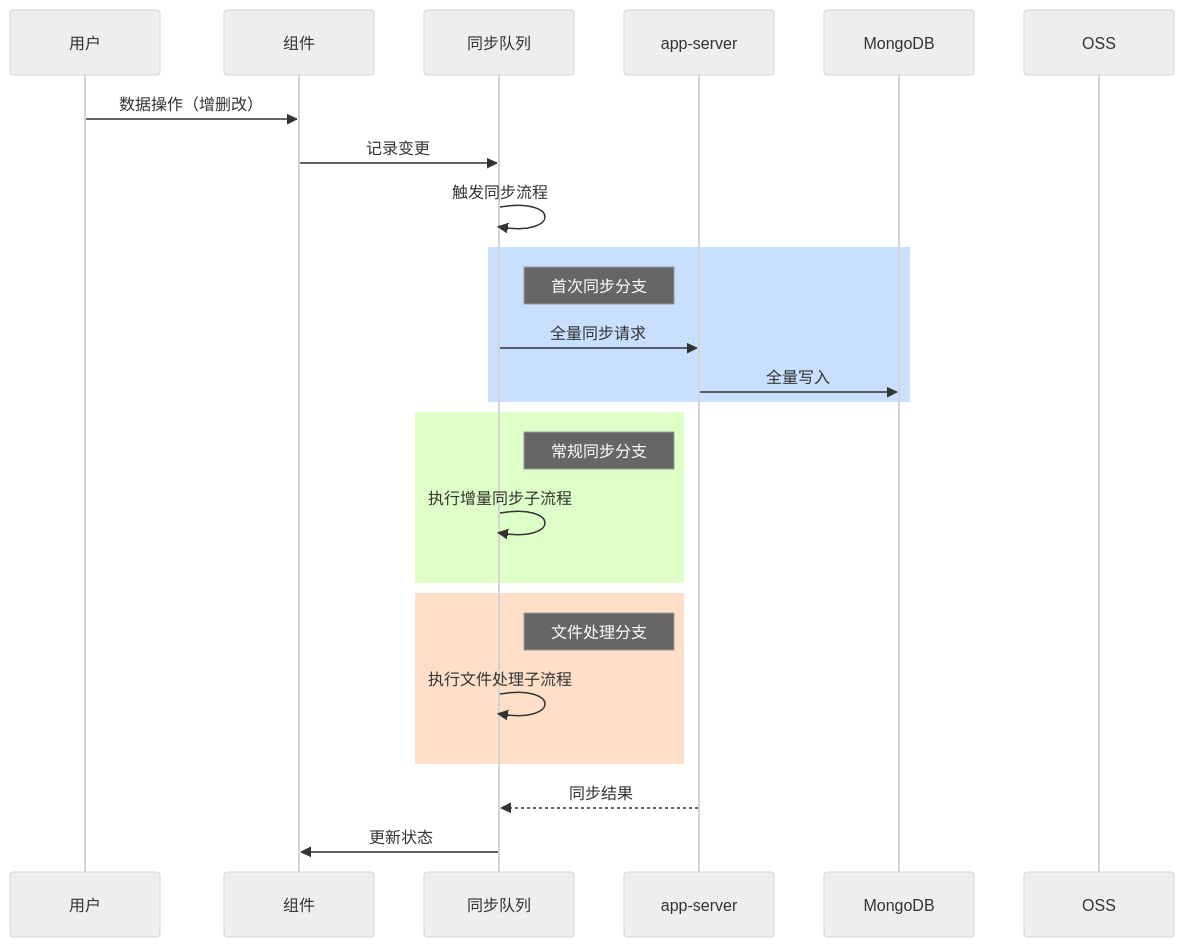
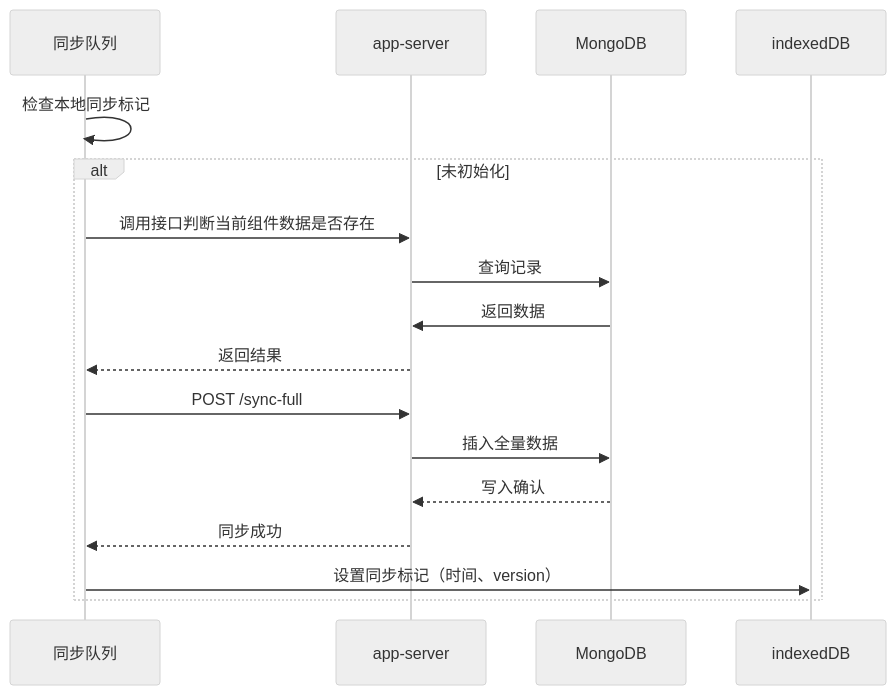
The diagram in all/未命名-24.md (yingjianzh/iodraw-files), drawn with Mermaid (neutral theme) before and after one commit.

Commit message:
2025-02-24 16:09:14 update

````diff
--- a/all/未命名-24.md
+++ b/all/未命名-24.md
@@ -1,35 +1,22 @@
 ```mermaid
 
 sequenceDiagram
-    participant 用户
-    participant 组件
     participant 同步队列
     participant app-server
     participant MongoDB
-    participant OSS
 
 
-    用户->>组件: 数据操作（增删改）
-    组件->>同步队列: 记录变更
-    同步队列->>同步队列: 触发同步流程
-    
-    rect rgb(200,223,255)
-    Note right of 同步队列: 首次同步分支
-    同步队列->>app-server: 全量同步请求
-    app-server->>MongoDB: 全量写入
+    同步队列->>同步队列: 检查本地同步标记
+    alt 未初始化
+        同步队列->>app-server: 调用接口判断当前组件数据是否存在
+        app-server->>MongoDB: 查询记录
+        MongoDB->>app-server: 返回数据
+        app-server-->>同步队列: 返回结果
+        同步队列->>app-server: POST /sync-full
+        app-server->>MongoDB: 插入全量数据
+        MongoDB-->>app-server: 写入确认
+        app-server-->>同步队列: 同步成功
+        同步队列->>indexedDB: 设置同步标记（时间、version）
     end
 
-    rect rgb(223,255,200)
-    Note right of 同步队列: 常规同步分支
-    同步队列->>同步队列: 执行增量同步子流程
-    end
-
-    rect rgb(255,223,200)
-    Note right of 同步队列: 文件处理分支
-    同步队列->>同步队列: 执行文件处理子流程
-    end
-
-    app-server-->>同步队列: 同步结果
-    同步队列->>组件: 更新状态
-
 ```
````
